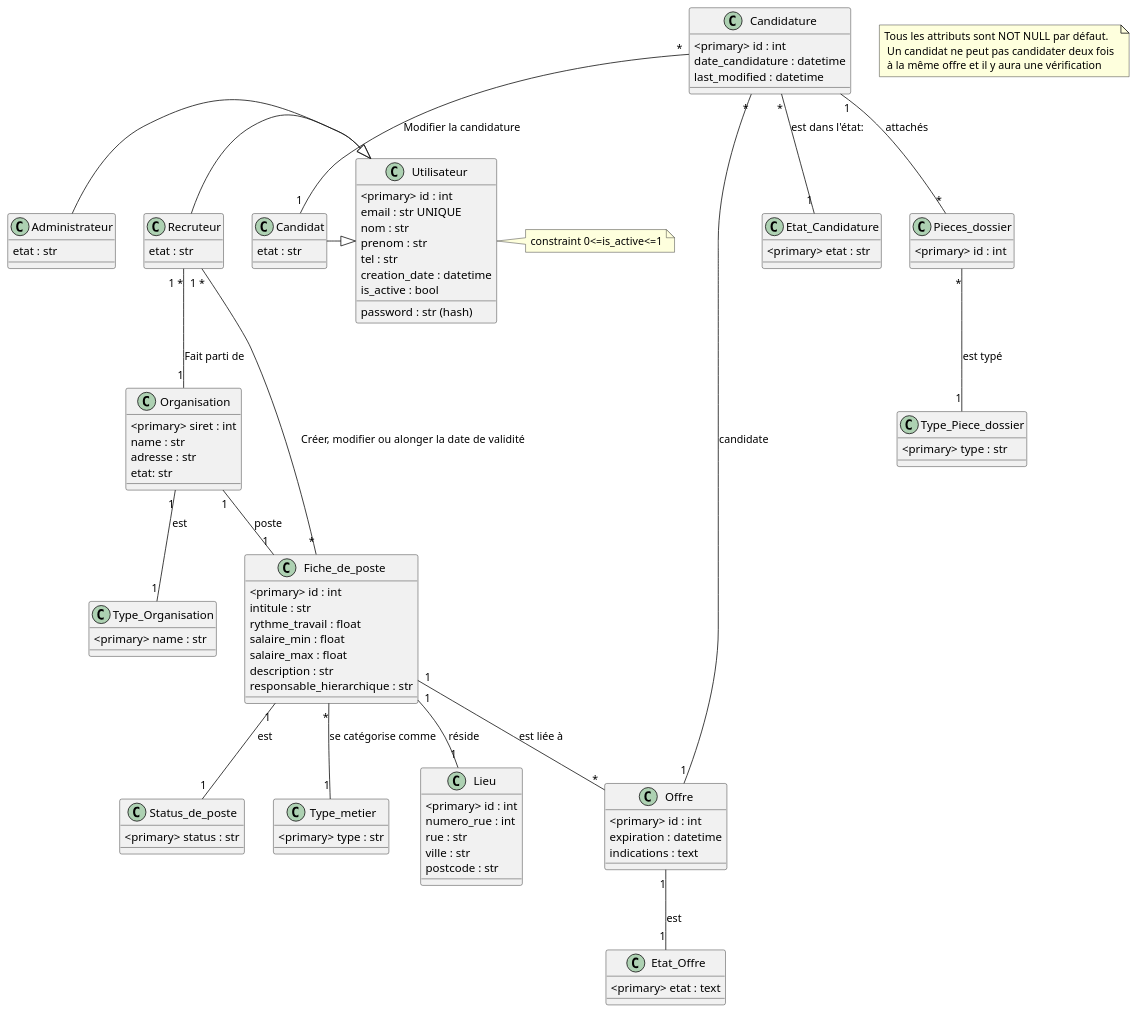
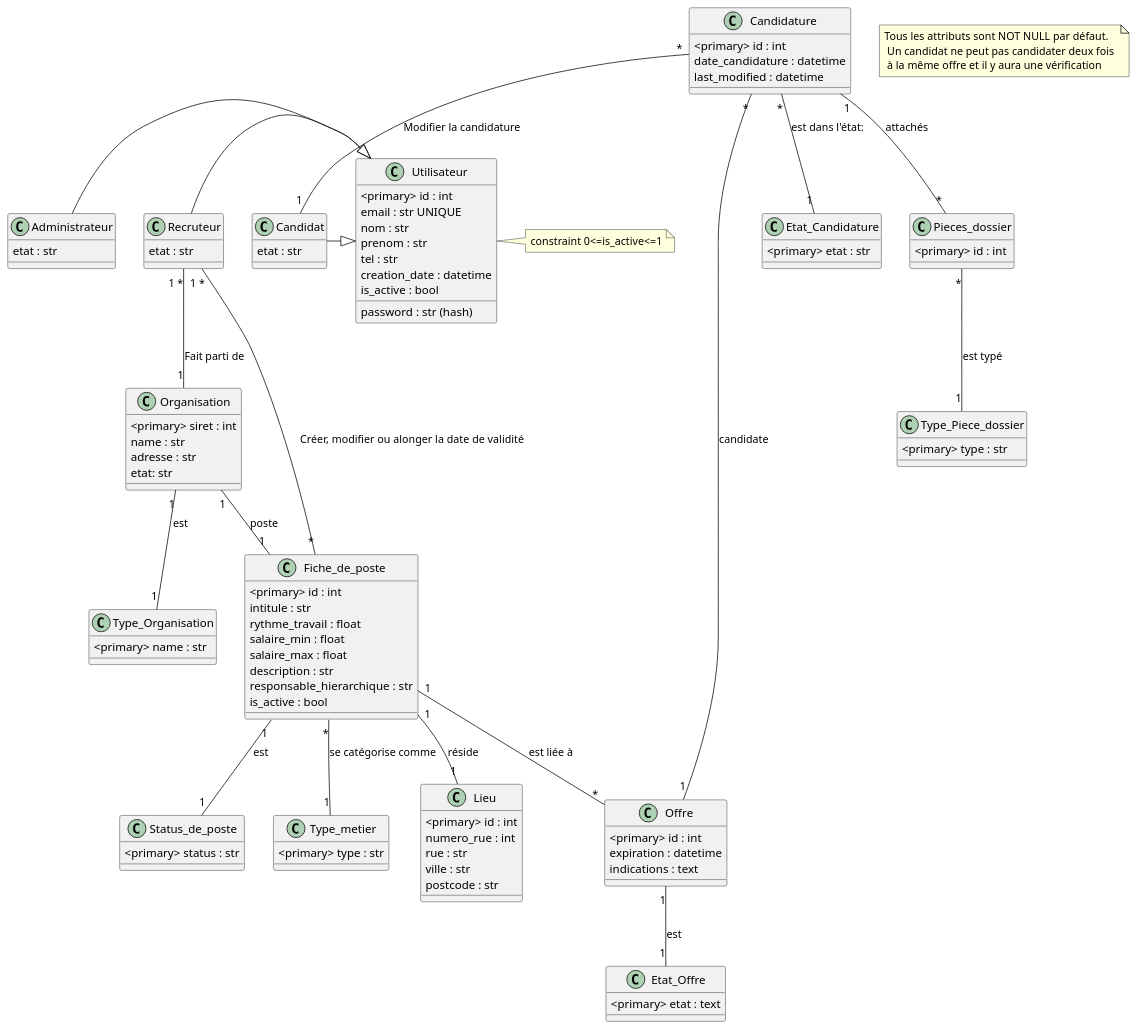
One commit to alexandreeberhardt/SR10_Website changed the diagram in structure/UML.puml. Above: the diagram before and after it, drawn with PlantUML. The commit also changed 1 other file, not shown here.

Commit message:
modified UML

```diff
--- a/structure/UML.puml
+++ b/structure/UML.puml
@@ -1,118 +1,118 @@
 @startuml
 note "Tous les attributs sont NOT NULL par défaut.\n Un candidat ne peut pas candidater deux fois \n à la même offre et il y aura une vérification" as note
 
 
 class Utilisateur{
   <primary> id : int
   email : str UNIQUE
   password : str (hash)
   nom : str
   prenom : str
   tel : str
   creation_date : datetime
   is_active : bool
 }
 note right
   constraint 0<=is_active<=1
 end note
 
 class Administrateur{
   etat : str
 }
 
 class Candidat{
     etat : str
 }
 
 class Recruteur{
     etat : str
 }
 
 
 
 class Type_Organisation{
   <primary> name : str
 }
 
 class Organisation{
   <primary> siret : int
   name : str
   adresse : str
   etat: str
 }
 
 class Etat_Offre{
   <primary> etat : text
 }
 
 class Offre{
   <primary> id : int
   expiration : datetime
   indications : text
 }
 
 class Fiche_de_poste{
   <primary> id : int
   intitule : str
   rythme_travail : float
   salaire_min : float
   salaire_max : float
   description : str
   responsable_hierarchique : str
-
+  is_active : bool
 }
 
 class Status_de_poste{
   <primary> status : str
 }
 class Type_metier{
   <primary> type : str
 }
 
 class Lieu{
   <primary> id : int
   numero_rue : int
   rue : str
   ville : str
   postcode : str 
 }
 
 class Candidature{
   <primary> id : int
   date_candidature : datetime
   last_modified : datetime
 }
 
 class Etat_Candidature{
   <primary> etat : str
 }
 
 class Pieces_dossier{
   <primary> id : int
 }
 
 class Type_Piece_dossier{
   <primary> type : str
 }
 
 Pieces_dossier "*" -- "1" Type_Piece_dossier : "est typé"
 
 Fiche_de_poste "*" -- "1" Type_metier : "se catégorise comme"
 Candidature "*" -- "1" Etat_Candidature : "est dans l'état:"
 Candidature "*" -- "1" Candidat : "Modifier la candidature"
 Candidature "*" -- "1" Offre : "candidate"
 Candidature "1" -- "*" Pieces_dossier : "attachés"
 Offre "1" -- "1" Etat_Offre : "est" 
 Administrateur -|> Utilisateur
 Recruteur -|> Utilisateur
 Candidat -|> Utilisateur
 Organisation "1" -- "1" Type_Organisation : "est"
 Organisation "1" -- "1" Fiche_de_poste : "poste"
 Fiche_de_poste "1" -- "*" Offre : "est liée à"
 Fiche_de_poste "1" -- "1" Status_de_poste : "est"
 Fiche_de_poste "1" -- "1" Lieu : "réside"
 Fiche_de_poste "*" -- "1 *" Recruteur : "Créer, modifier ou alonger la date de validité"
 Recruteur "1 *" -- "1" Organisation : "Fait parti de"
 
 
 @enduml
```
